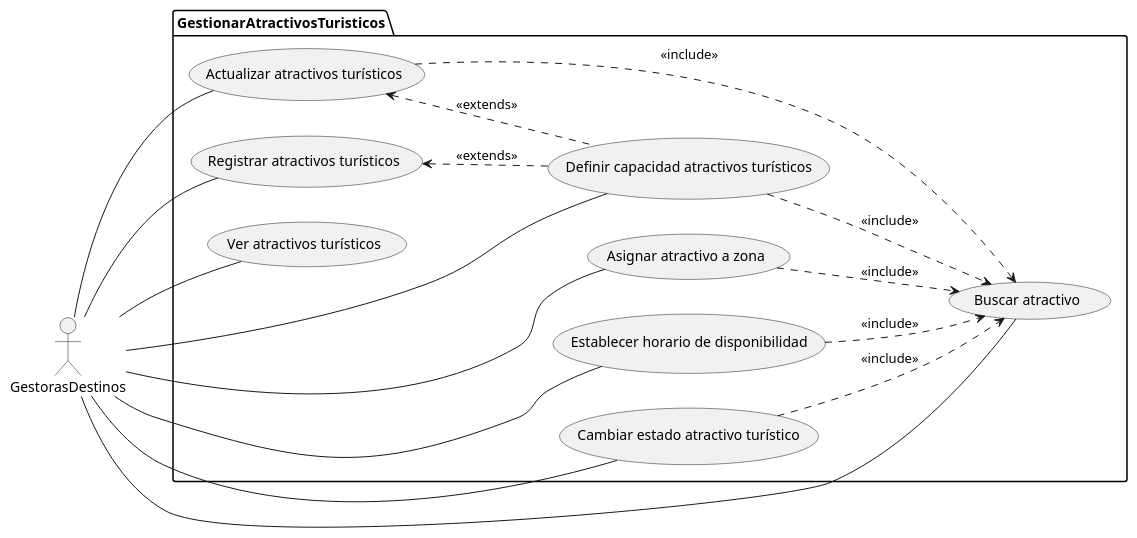
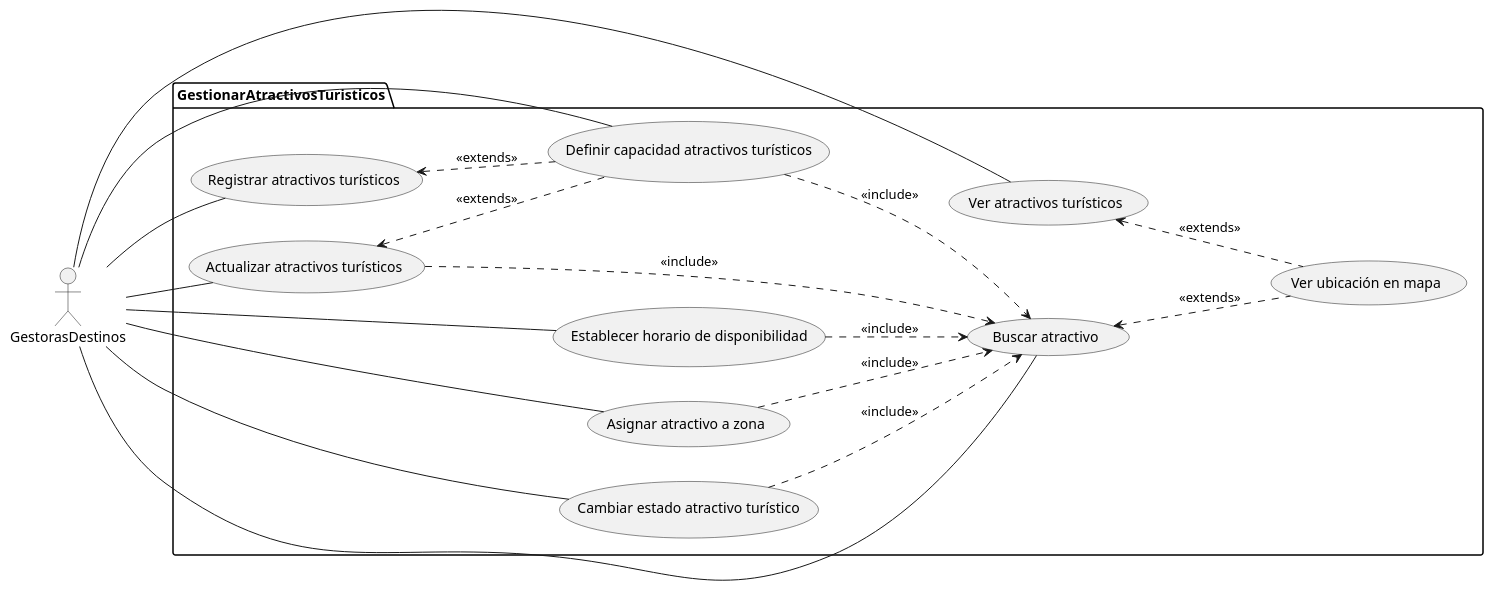
One commit to xdark-nessx20/SM-Xplore changed the diagram in docs/modelos/uc-lvl-1/gestionar-atractivo/gestoras-diagrama.puml. Above: the diagram before and after it, drawn with PlantUML. The commit also changed 3 other files, not shown here.

Commit message:
Update: updating lvl one use-case diagrams to add new functions.

```diff
--- a/docs/modelos/uc-lvl-1/gestionar-atractivo/gestoras-diagrama.puml
+++ b/docs/modelos/uc-lvl-1/gestionar-atractivo/gestoras-diagrama.puml
@@ -1,36 +1,39 @@
 @startuml
 
 left to right direction
 
 actor GestorasDestinos as G
 
 package GestionarAtractivosTuristicos {
     usecase "Registrar atractivos turísticos" as UC1
     usecase "Actualizar atractivos turísticos" as UC2
     usecase "Establecer horario de disponibilidad" as UC3
     usecase "Ver atractivos turísticos" as UC4
     usecase "Cambiar estado atractivo turístico" as UC5
     usecase "Definir capacidad atractivos turísticos" as UC6
     usecase "Asignar atractivo a zona" as UC7
     usecase "Buscar atractivo" as UC8
+    usecase "Ver ubicación en mapa" as UC9
 }
 
 G -- UC1
 G -- UC2
 G -- UC3
 G -- UC4
 G -- UC5
 G -- UC6
 G -- UC7
 G -- UC8
 
 UC2 ..> UC8 : <<include>>
 UC3 ..> UC8 : <<include>>
 UC5 ..> UC8 : <<include>>
 UC6 ..> UC8 : <<include>>
 UC7 ..> UC8 : <<include>>
 
 UC1 <.. UC6 : <<extends>>
 UC2 <.. UC6 : <<extends>>
+UC4 <.. UC9 : <<extends>>
+UC8 <.. UC9 : <<extends>>
 
 @enduml
```
